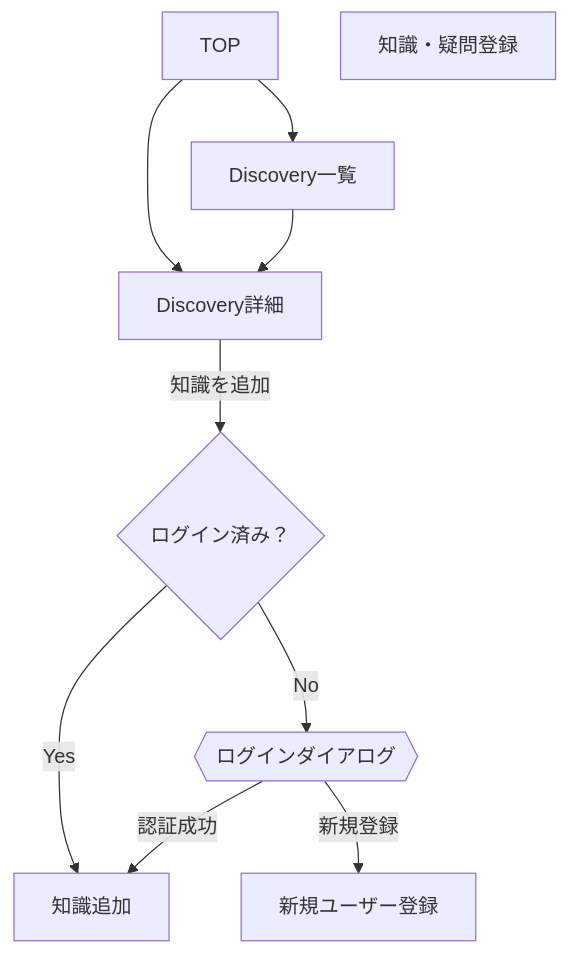
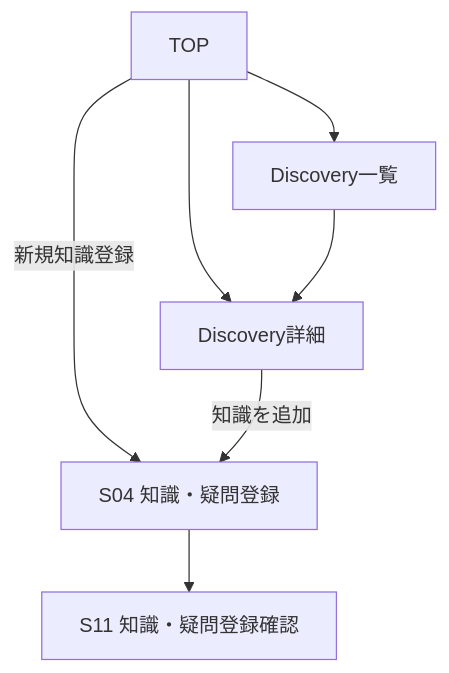
The diagram in docs/screen-transition.md (ex-day/platform), drawn with Mermaid before and after one commit. The commit also changed other lines of this file and 4 other files, not shown here.

Commit message:
docs: clarify signed-out contribution flow

````diff
--- a/docs/screen-transition.md
+++ b/docs/screen-transition.md
@@ -1,20 +1,16 @@
 ```mermaid
 flowchart TD
 TOP[TOP]
 LIST[Discovery一覧]
 DETAIL[Discovery詳細]
-ADD[知識追加]
-POST[知識・疑問登録]
-LOGIN{{ログインダイアログ}}
-SIGNUP[新規ユーザー登録]
+ADD[S04 知識・疑問登録]
+CONFIRM[S11 知識・疑問登録確認]
 
     TOP --> LIST
     TOP --> DETAIL
+    TOP -->|新規知識登録| ADD
     LIST --> DETAIL
 
-    DETAIL -->|知識を追加| AUTH{ログイン済み？}
-    AUTH -->|Yes| ADD
-    AUTH -->|No| LOGIN
-    LOGIN -->|認証成功| ADD
-    LOGIN -->|新規登録| SIGNUP
+    DETAIL -->|知識を追加| ADD
+    ADD --> CONFIRM
 ```
````
